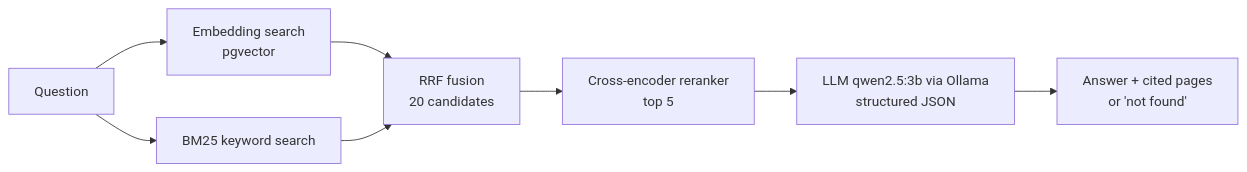
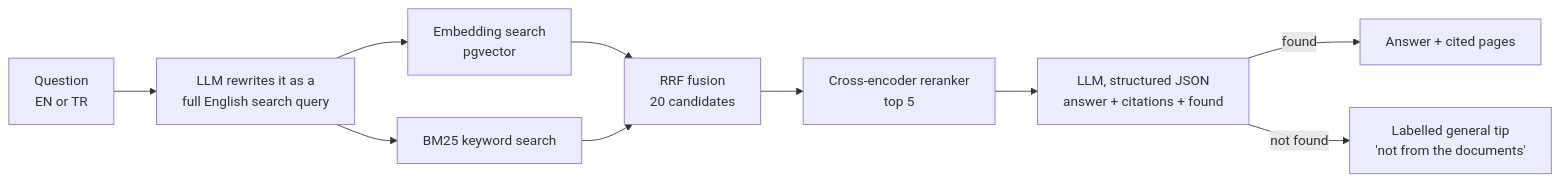
Before and after one commit to rabiaozers/erasmus-rag: the diagram in README.md, drawn with Mermaid. The commit also changed other lines of this file, not shown here.

First line of the commit message:
README: query rewriting, Turkish support and the labelled general tip

````diff
--- a/README.md
+++ b/README.md
@@ -17,10 +17,12 @@
 ```mermaid
 flowchart LR
-    Q[Question] --> E[Embedding search<br/>pgvector]
-    Q --> B[BM25 keyword search]
+    Q[Question<br/>EN or TR] --> W[LLM rewrites it as a<br/>full English search query]
+    W --> E[Embedding search<br/>pgvector]
+    W --> B[BM25 keyword search]
     E --> R[RRF fusion<br/>20 candidates]
     B --> R
     R --> X[Cross-encoder reranker<br/>top 5]
-    X --> L[LLM qwen2.5:3b via Ollama<br/>structured JSON]
-    L --> A[Answer + cited pages<br/>or 'not found']
+    X --> L[LLM, structured JSON<br/>answer + citations + found]
+    L -->|found| A[Answer + cited pages]
+    L -->|not found| G[Labelled general tip<br/>'not from the documents']
 ```
````
